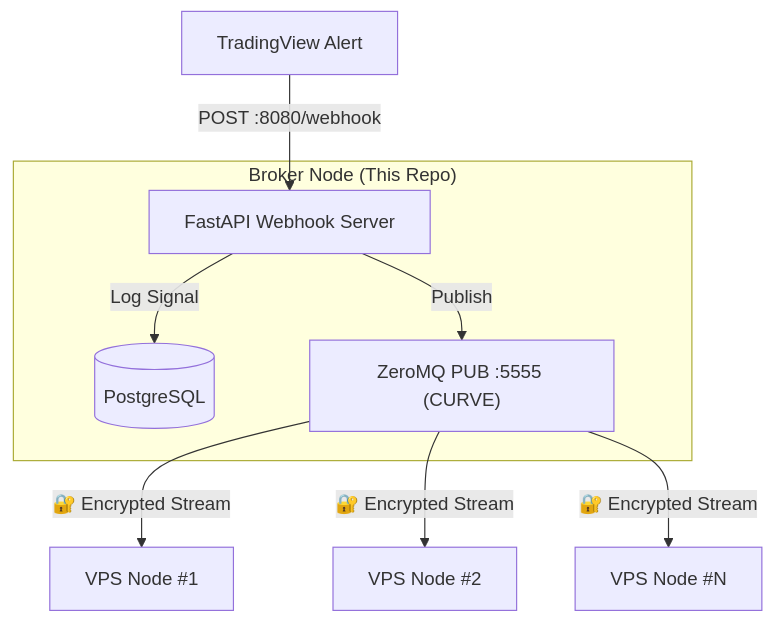
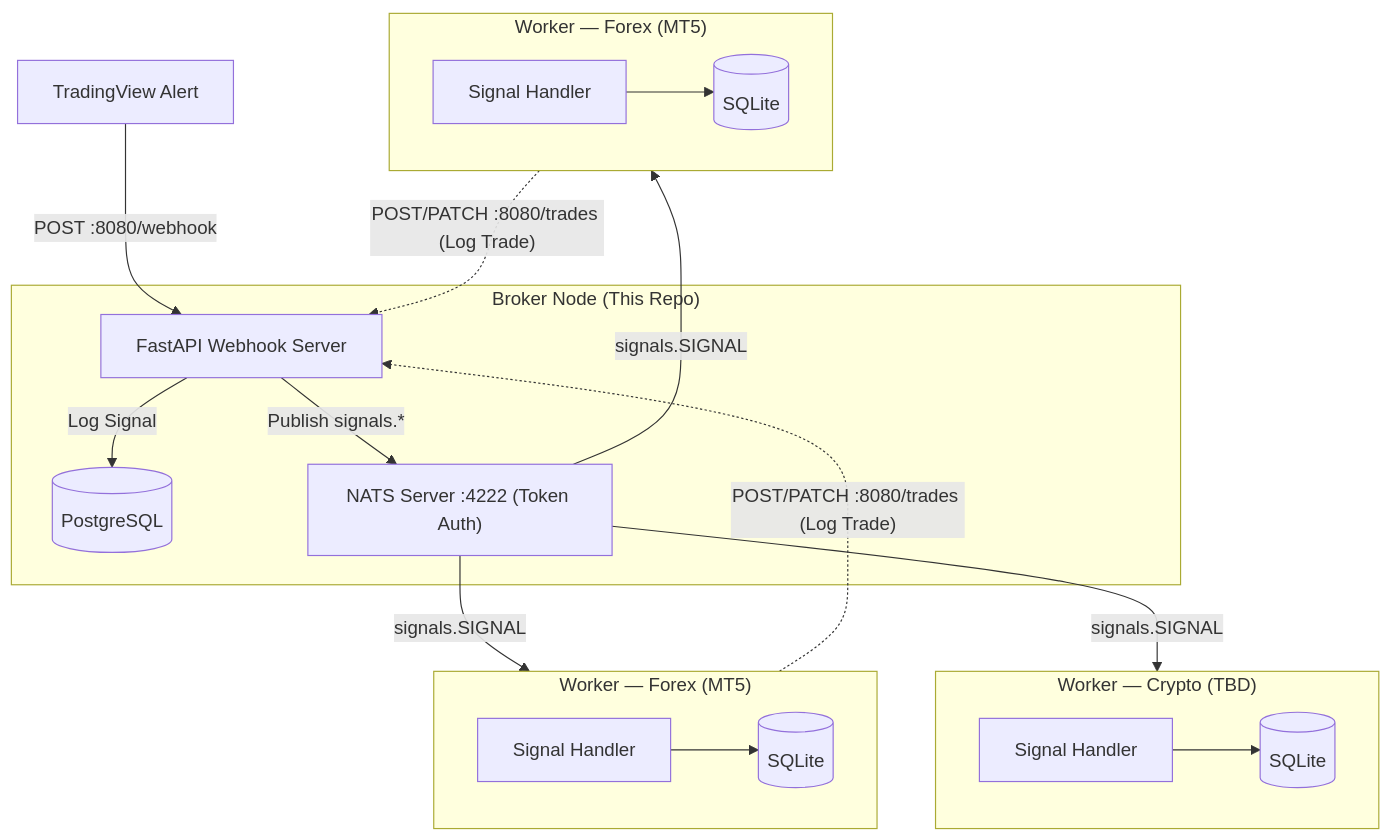
The diagram in README.md (rockingrow/algo-trading-broker), drawn with Mermaid before and after one commit. The commit also changed other lines of this file and 68 other files, not shown here.

````diff
--- a/README.md
+++ b/README.md
@@ -16,14 +17,25 @@
 ```mermaid
 graph TD
     TV[TradingView Alert] -- "POST :8080/webhook" --> Broker
     subgraph "Broker Node (This Repo)"
         Broker[FastAPI Webhook Server]
         DB[(PostgreSQL)]
-        ZMQ["ZeroMQ PUB :5555 (CURVE)"]
+        NATS["NATS Server :4222 (Token Auth)"]
         Broker -- "Log Signal" --> DB
-        Broker -- "Publish" --> ZMQ
+        Broker -- "Publish signals.*" --> NATS
     end
-    ZMQ -- "🔐 Encrypted Stream" --> VPS1[VPS Node #1]
-    ZMQ -- "🔐 Encrypted Stream" --> VPS2[VPS Node #2]
-    ZMQ -- "🔐 Encrypted Stream" --> VPSN[VPS Node #N]
+    NATS -- "signals.SIGNAL" --> W1
+    NATS -- "signals.SIGNAL" --> W2
+    NATS -- "signals.SIGNAL" --> WN
+    subgraph W1["Worker — Forex (MT5)"]
+        W1A[Signal Handler] --> W1B[(SQLite)]
+    end
+    subgraph W2["Worker — Forex (MT5)"]
+        W2A[Signal Handler] --> W2B[(SQLite)]
+    end
+    subgraph WN["Worker — Crypto (TBD)"]
+        WNA[Signal Handler] --> WNB[(SQLite)]
+    end
+    W1 -. "POST/PATCH :8080/trades (Log Trade)" .-> Broker
+    W2 -. "POST/PATCH :8080/trades (Log Trade)" .-> Broker
 ```
````
